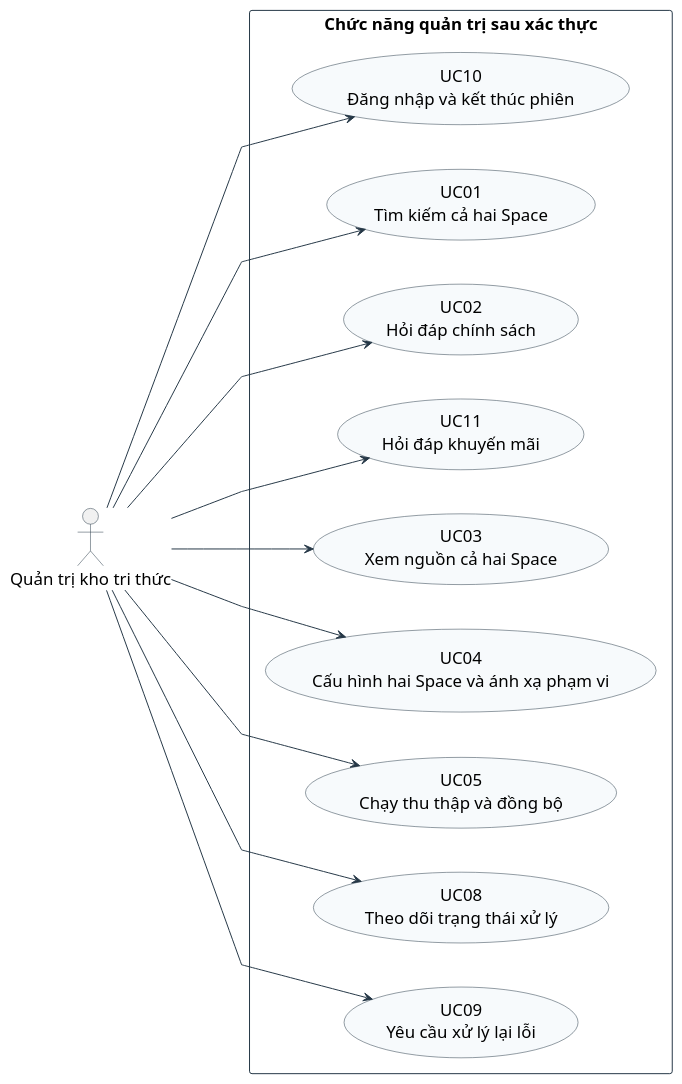
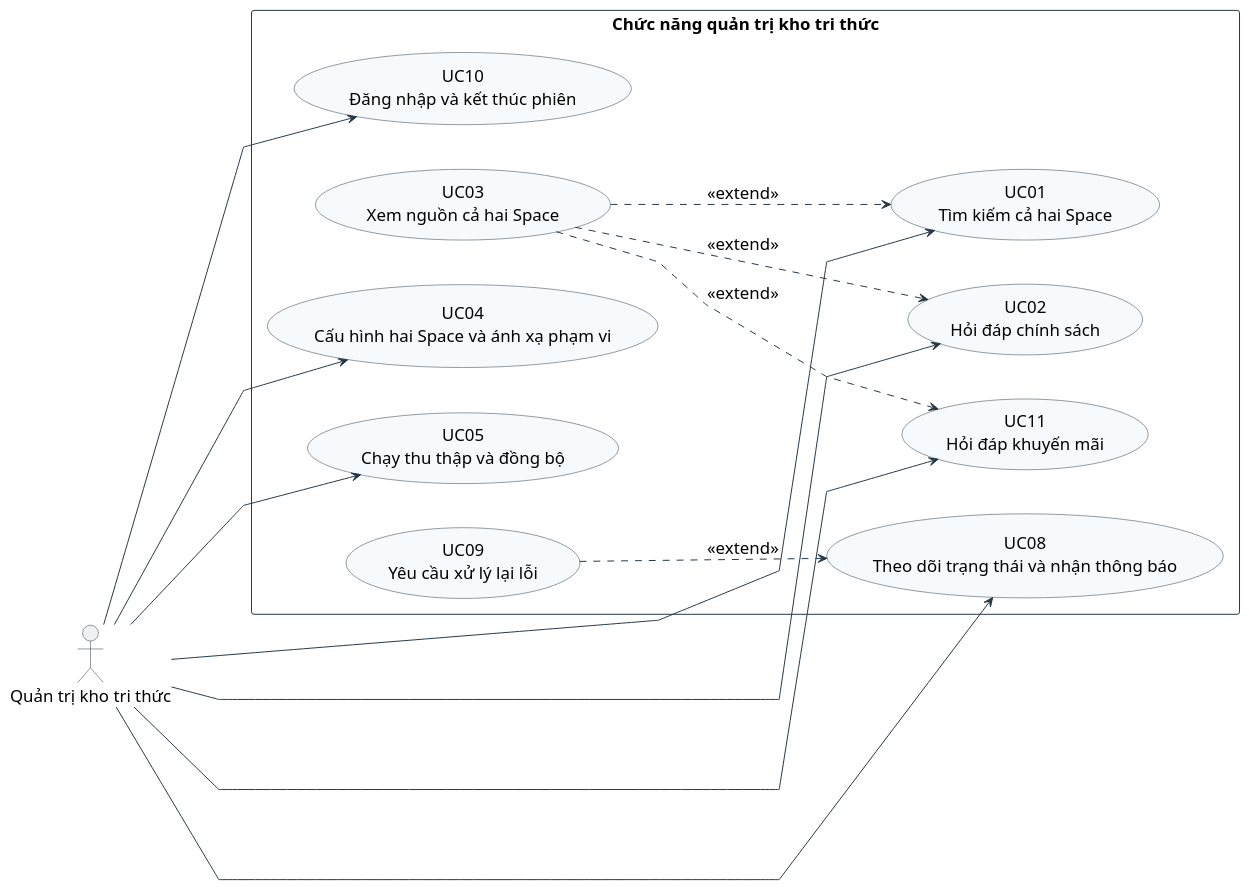
The third of 3 diagrams in docs/use-cases/README.md (21tuoino12trieu/Do-An-Ki-Su), drawn with PlantUML before and after one commit. The commit also changed other lines of this file and 11 other files, not shown here.

````diff
--- a/docs/use-cases/README.md
+++ b/docs/use-cases/README.md
@@ -170,40 +120,42 @@
 ```plantuml
 @startuml 04-usecase-quan-tri
 
 left to right direction
 skinparam shadowing false
 skinparam linetype polyline
 skinparam nodesep 45
 skinparam ranksep 95
 skinparam defaultFontName Arial
 skinparam defaultFontSize 17
 skinparam actorStyle stickman
 skinparam BackgroundColor white
 skinparam ArrowColor #253746
 skinparam usecaseBackgroundColor #F7FAFC
 skinparam usecaseBorderColor #253746
 skinparam rectangleBorderColor #253746
 skinparam actorBorderColor #253746
 actor "Quản trị kho tri thức" as QT
-rectangle "Chức năng quản trị sau xác thực" as ADMIN {
+rectangle "Chức năng quản trị kho tri thức" as ADMIN {
   usecase "UC10\nĐăng nhập và kết thúc phiên" as A10
   usecase "UC01\nTìm kiếm cả hai Space" as A01
   usecase "UC02\nHỏi đáp chính sách" as A02
   usecase "UC11\nHỏi đáp khuyến mãi" as A11
   usecase "UC03\nXem nguồn cả hai Space" as A03
   usecase "UC04\nCấu hình hai Space và ánh xạ phạm vi" as A04
   usecase "UC05\nChạy thu thập và đồng bộ" as A05
-  usecase "UC08\nTheo dõi trạng thái xử lý" as A08
+  usecase "UC08\nTheo dõi trạng thái và nhận thông báo" as A08
   usecase "UC09\nYêu cầu xử lý lại lỗi" as A09
 }
 QT --> A10
 QT --> A01
 QT --> A02
 QT --> A11
-QT --> A03
 QT --> A04
 QT --> A05
 QT --> A08
-QT --> A09
+A03 ..> A01 : <<extend>>
+A03 ..> A02 : <<extend>>
+A03 ..> A11 : <<extend>>
+A09 ..> A08 : <<extend>>
 @enduml
 ```
````
